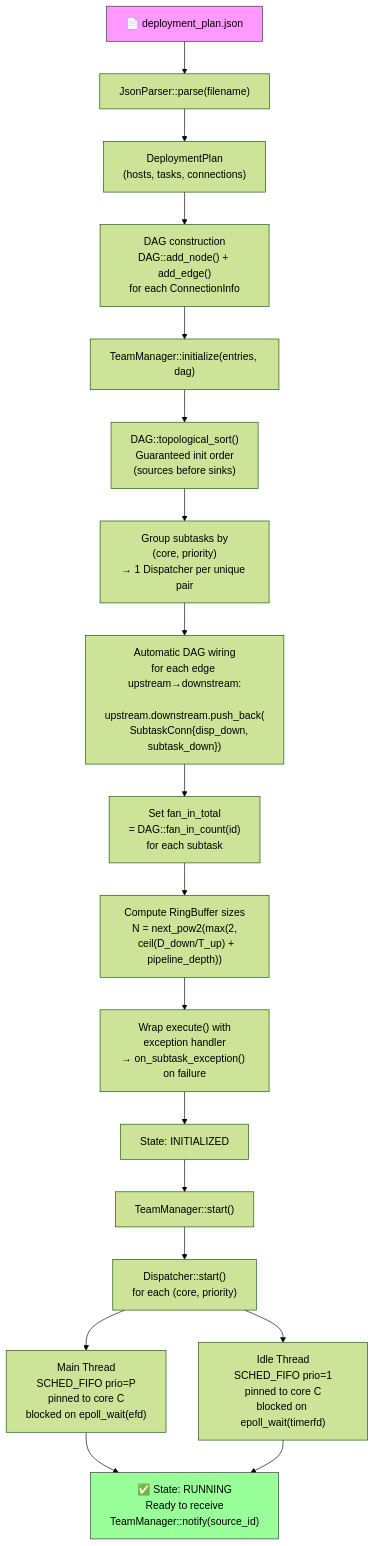
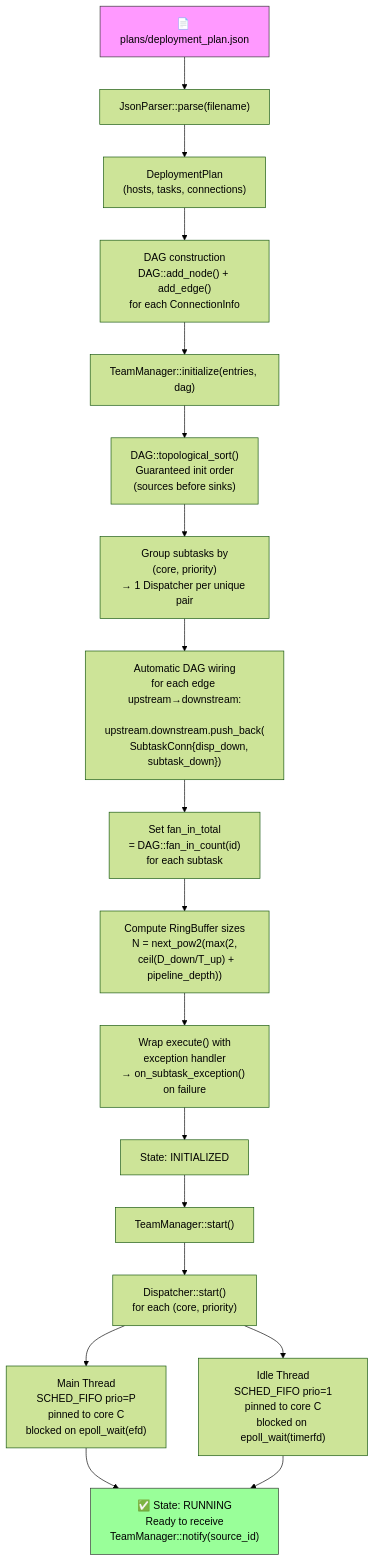
The sixth of 14 diagrams in docs/visao-arquitetural.md (Tassany/Real-time-middleware), drawn with Mermaid (forest theme) before and after one commit. The commit also changed other lines of this file and 88 other files, not shown here.

````diff
--- a/docs/visao-arquitetural.md
+++ b/docs/visao-arquitetural.md
@@ -485,39 +485,39 @@
 ```mermaid
 flowchart TD
-    A["📄 deployment_plan.json"] --> B
+    A["📄 plans/deployment_plan.json"] --> B
 
     B["JsonParser::parse(filename)"]
     B --> C["DeploymentPlan\n(hosts, tasks, connections)"]
 
     C --> D["DAG construction\nDAG::add_node() + add_edge()\nfor each ConnectionInfo"]
 
     D --> E["TeamManager::initialize(entries, dag)"]
 
     E --> F["DAG::topological_sort()\nGuaranteed init order\n(sources before sinks)"]
 
     F --> G["Group subtasks by\n(core, priority)\n→ 1 Dispatcher per unique pair"]
 
     G --> H["Automatic DAG wiring\nfor each edge upstream→downstream:\n  upstream.downstream.push_back(\n    SubtaskConn{disp_down, subtask_down})"]
 
     H --> I["Set fan_in_total\n= DAG::fan_in_count(id)\nfor each subtask"]
 
     I --> J["Compute RingBuffer sizes\nN = next_pow2(max(2,\n  ceil(D_down/T_up) + pipeline_depth))"]
 
     J --> K["Wrap execute() with\nexception handler\n→ on_subtask_exception() on failure"]
 
     K --> L["State: INITIALIZED"]
 
     L --> M["TeamManager::start()"]
 
     M --> N["Dispatcher::start()\nfor each (core, priority)"]
 
     N --> O["Main Thread\nSCHED_FIFO prio=P\npinned to core C\nblocked on epoll_wait(efd)"]
 
     N --> P["Idle Thread\nSCHED_FIFO prio=1\npinned to core C\nblocked on epoll_wait(timerfd)"]
 
     O --> Q["✅ State: RUNNING\nReady to receive\nTeamManager::notify(source_id)"]
     P --> Q
 
     style A fill:#f9f,stroke:#333
     style Q fill:#9f9,stroke:#333
 ```
````
